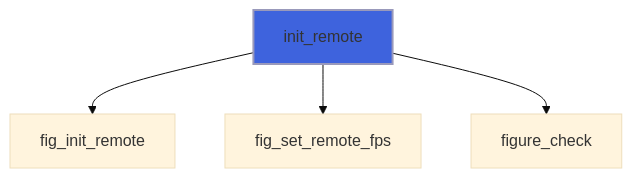
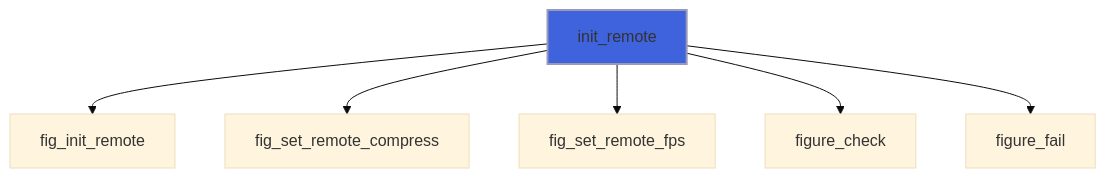
Before and after one commit to szaghi/figure: the fourth of 14 diagrams in docs/api/src/lib/figure_app.md, drawn with Mermaid (base theme). The commit also changed other lines of this file and 19 other files, not shown here.

````diff
--- a/docs/api/src/lib/figure_app.md
+++ b/docs/api/src/lib/figure_app.md
@@ -178,7 +181,9 @@
 ```mermaid
 flowchart TD
   init_remote["init_remote"] --> fig_init_remote["fig_init_remote"]
+  init_remote["init_remote"] --> fig_set_remote_compress["fig_set_remote_compress"]
   init_remote["init_remote"] --> fig_set_remote_fps["fig_set_remote_fps"]
   init_remote["init_remote"] --> figure_check["figure_check"]
+  init_remote["init_remote"] --> figure_fail["figure_fail"]
   style init_remote fill:#3e63dd,stroke:#99b,stroke-width:2px
 ```
````
